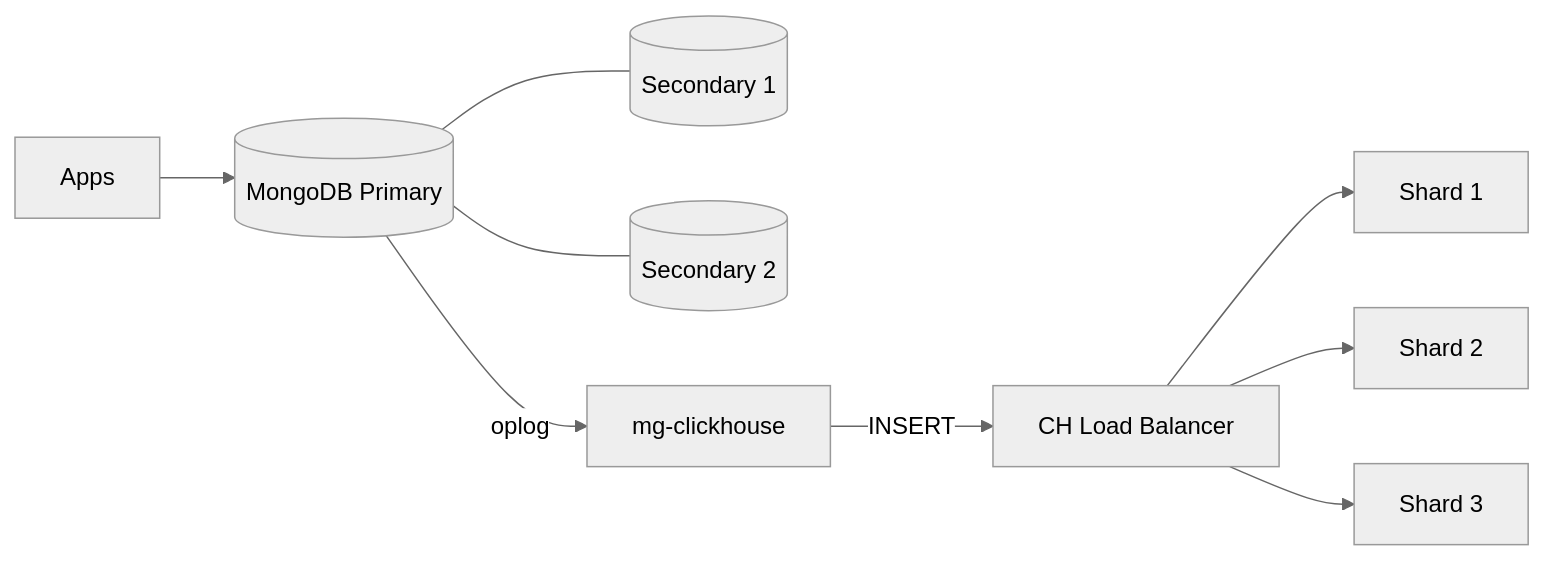
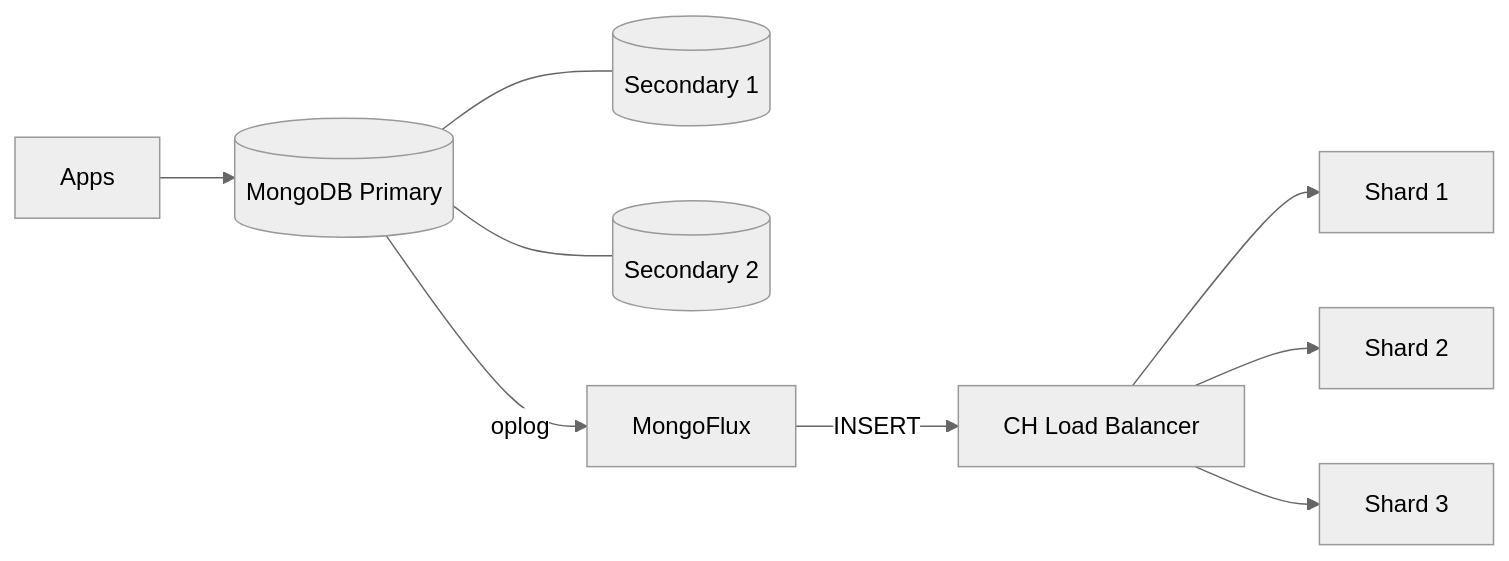
The seventh of 7 diagrams in docs/design.md (mrityunjaysharma/mongo-flux), drawn with Mermaid (neutral theme) before and after one commit. The commit also changed other lines of this file and 38 other files, not shown here.

````diff
--- a/docs/design.md
+++ b/docs/design.md
@@ -187,11 +187,11 @@
 ```mermaid
 flowchart LR
     APP[Apps] --> MGP[(MongoDB Primary)]
     MGP --- MGS1[(Secondary 1)]
     MGP --- MGS2[(Secondary 2)]
-    MGP -->|oplog| MGC[mg-clickhouse]
+    MGP -->|oplog| MGC[MongoFlux]
     MGC -->|INSERT| LB[CH Load Balancer]
     LB --> S1[Shard 1]
     LB --> S2[Shard 2]
     LB --> S3[Shard 3]
 ```
````
